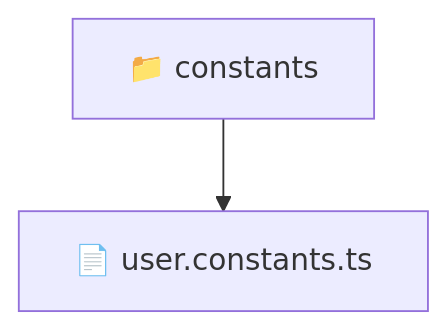
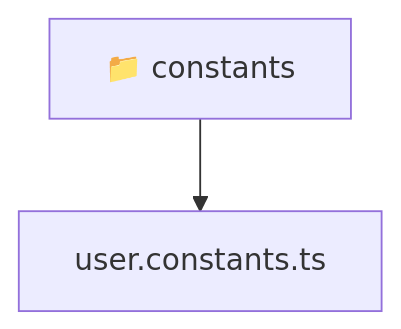
Before and after one commit to beginwebdev2002/fullstack-mavluda: the diagram in frontend/src/entities/user/constants/README.md, drawn with Mermaid. The commit also changed other lines of this file and 167 other files, not shown here.

````diff
--- a/frontend/src/entities/user/constants/README.md
+++ b/frontend/src/entities/user/constants/README.md
@@ -11,5 +11,6 @@
 ```mermaid
 graph TD
-  Root["📁 constants"]
-  Root --> user_constants_ts["📄 user.constants.ts"]
+  Root_constants["📁 constants"]
+  f_user_constants_ts["user.constants.ts"]
+  Root_constants --> f_user_constants_ts
 ```
````
